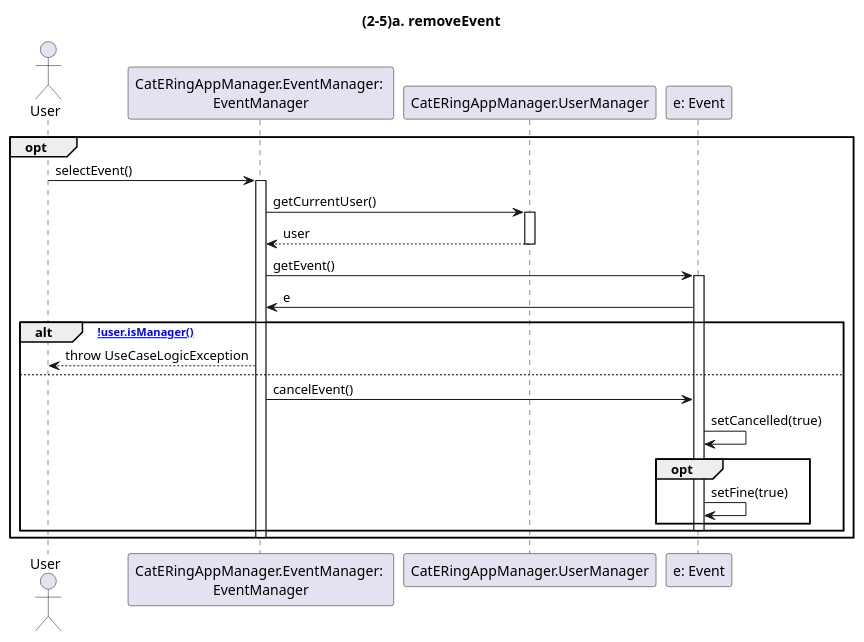
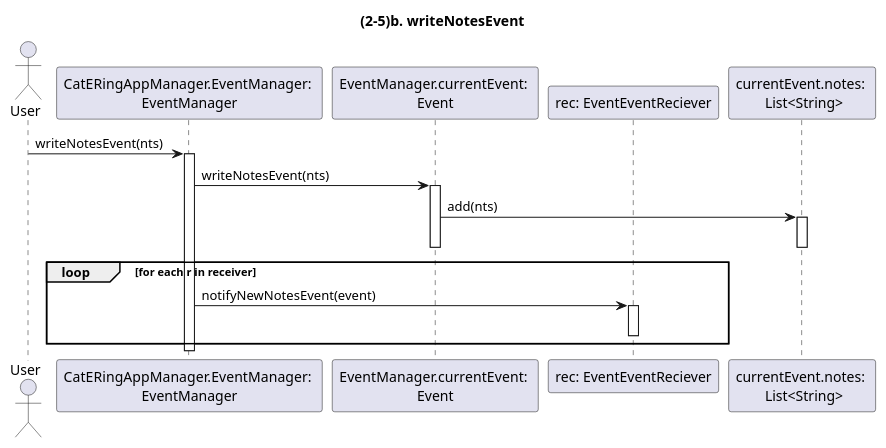
The diagram in dsd/dsd-eventi/estensioniEcc/925c-writeNotesEvent.md (m0canu1/sas), drawn with PlantUML before and after one commit. The commit also changed other lines of this file and 7 other files, not shown here.

````diff
--- a/dsd/dsd-eventi/estensioniEcc/925c-writeNotesEvent.md
+++ b/dsd/dsd-eventi/estensioniEcc/925c-writeNotesEvent.md
@@ -1,35 +1,27 @@
 ```plantuml
 
-title: (2-5)a. removeEvent
+title: (2-5)b. writeNotesEvent
 
 Actor  User
 Participant "CatERingAppManager.EventManager: \nEventManager"  as EM
-Participant "CatERingAppManager.UserManager" as UM
+Participant "EventManager.currentEvent: \nEvent" as CE
+Participant "rec: EventEventReciever" as EER
+Participant "currentEvent.notes: \n List<String>" as NO
 
-opt
-    User -> EM: selectEvent()
-    Activate EM
+User -> EM: writeNotesEvent(nts)
+Activate EM
+EM -> CE: writeNotesEvent(nts)
+Activate CE
+      CE -> NO: add(nts)
+      Activate NO
+      Deactivate NO
+Deactivate CE
 
-    EM -> UM: getCurrentUser()
-    Activate UM
-        
-    UM --> EM: user
-    Deactivate UM
+loop for each r in receiver
+    EM -> EER: notifyNewNotesEvent(event)
+    Activate EER
+    Deactivate EER
+end
+Deactivate EM
 
-    EM -> "e: Event": getEvent()
-    Activate "e: Event"
-    "e: Event" -> EM: e
-
-    alt [!user.isManager()]
-        EM --> User: throw UseCaseLogicException
-    else
-        EM -> "e: Event": cancelEvent()
-        "e: Event" -> "e: Event": setCancelled(true)
-        opt 
-            "e: Event" -> "e: Event": setFine(true)
-        end
-        Deactivate "e: Event"
-    end
-    Deactivate EM
-end
 ```
````
